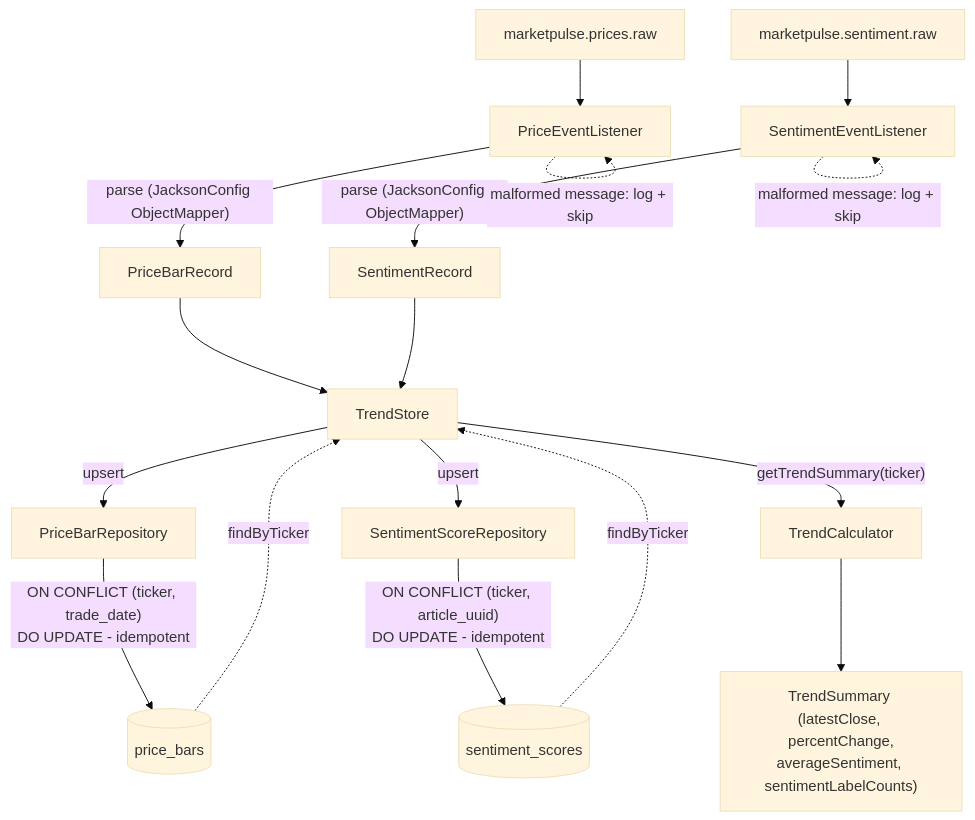
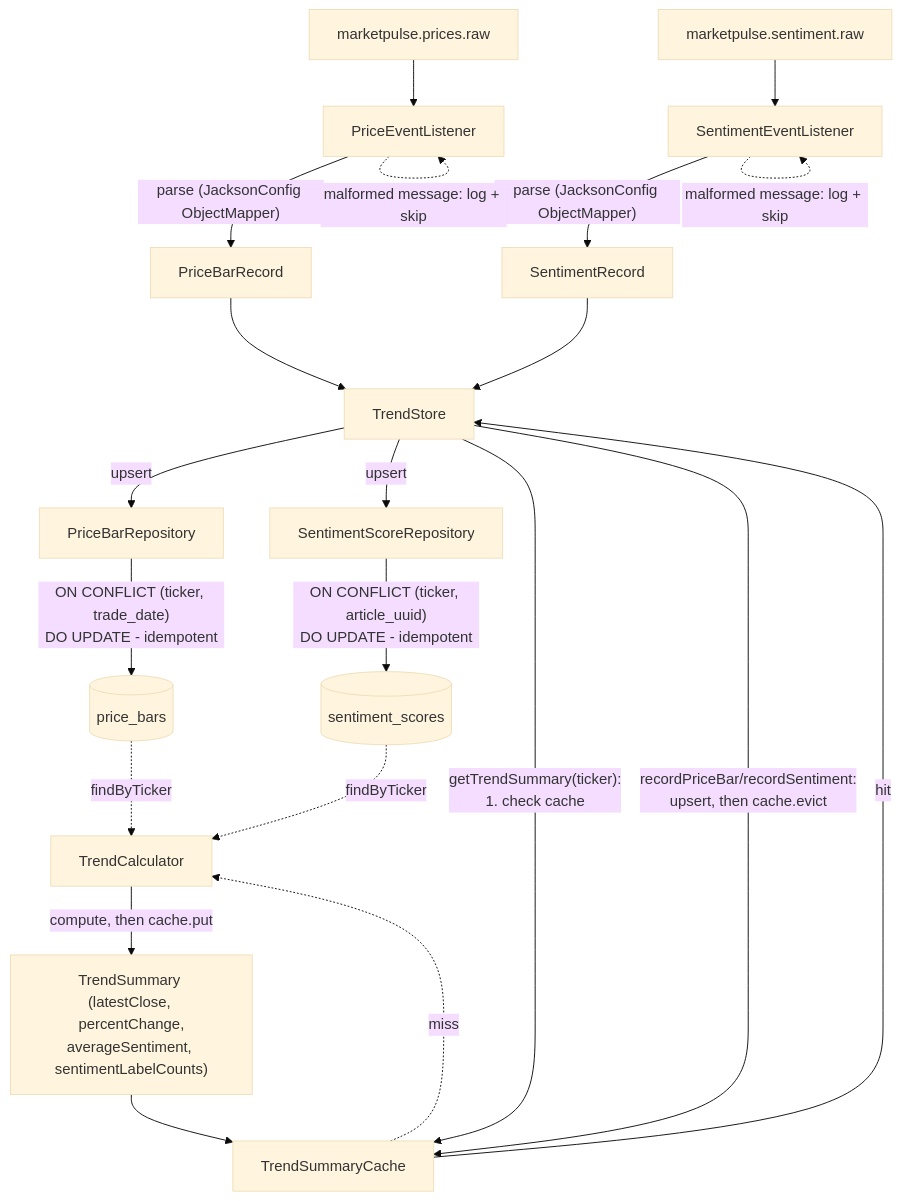
Before and after one commit to shreyansgosalia18/marketpulse: the diagram in docs/architecture/aggregation-service.md, drawn with Mermaid (base theme). The commit also changed other lines of this file and 15 other files, not shown here.

````diff
--- a/docs/architecture/aggregation-service.md
+++ b/docs/architecture/aggregation-service.md
@@ -7,19 +7,23 @@
 ```mermaid
 flowchart TD
     KP["marketpulse.prices.raw"] --> PL[PriceEventListener]
     KS["marketpulse.sentiment.raw"] --> SL[SentimentEventListener]
     PL -->|"parse (JacksonConfig ObjectMapper)"| PLE[PriceBarRecord]
     SL -->|"parse (JacksonConfig ObjectMapper)"| SLE[SentimentRecord]
     PL -. malformed message: log + skip .-> PL
     SL -. malformed message: log + skip .-> SL
     PLE --> TS[TrendStore]
     SLE --> TS
     TS -->|upsert| PBR[PriceBarRepository]
     TS -->|upsert| SSR[SentimentScoreRepository]
     PBR -->|"ON CONFLICT (ticker, trade_date)<br/>DO UPDATE - idempotent"| PGT[(price_bars)]
     SSR -->|"ON CONFLICT (ticker, article_uuid)<br/>DO UPDATE - idempotent"| PGS[(sentiment_scores)]
-    TS -->|"getTrendSummary(ticker)"| TC[TrendCalculator]
-    PGT -.->|findByTicker| TS
-    PGS -.->|findByTicker| TS
-    TC --> SUMMARY["TrendSummary (latestClose, percentChange,<br/>averageSentiment, sentimentLabelCounts)"]
+    TS -->|"getTrendSummary(ticker):<br/>1. check cache"| CACHE[TrendSummaryCache]
+    CACHE -->|hit| TS
+    CACHE -.->|miss| TC[TrendCalculator]
+    PGT -.->|findByTicker| TC
+    PGS -.->|findByTicker| TC
+    TC -->|"compute, then cache.put"| SUMMARY["TrendSummary (latestClose, percentChange,<br/>averageSentiment, sentimentLabelCounts)"]
+    SUMMARY --> CACHE
+    TS -->|"recordPriceBar/recordSentiment:<br/>upsert, then cache.evict"| CACHE
 ```
````
